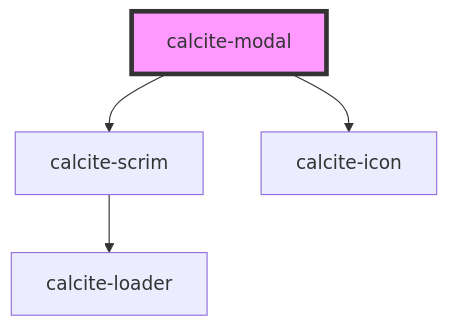
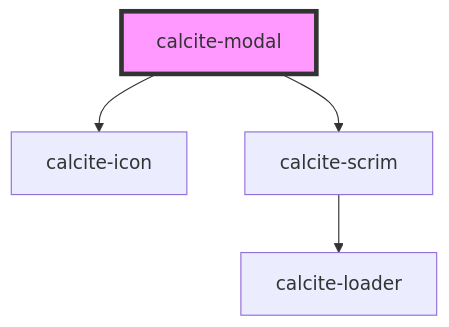
The diagram in src/components/calcite-modal/readme.md (vikivakarvc/calcite-design-system), drawn with Mermaid before and after one commit. The commit also changed other lines of this file and 3 other files, not shown here.

````diff
--- a/src/components/calcite-modal/readme.md
+++ b/src/components/calcite-modal/readme.md
@@ -134,7 +124,7 @@
 ```mermaid
 graph TD;
+  calcite-modal --> calcite-icon
   calcite-modal --> calcite-scrim
-  calcite-modal --> calcite-icon
   calcite-scrim --> calcite-loader
   style calcite-modal fill:#f9f,stroke:#333,stroke-width:4px
 ```
````
